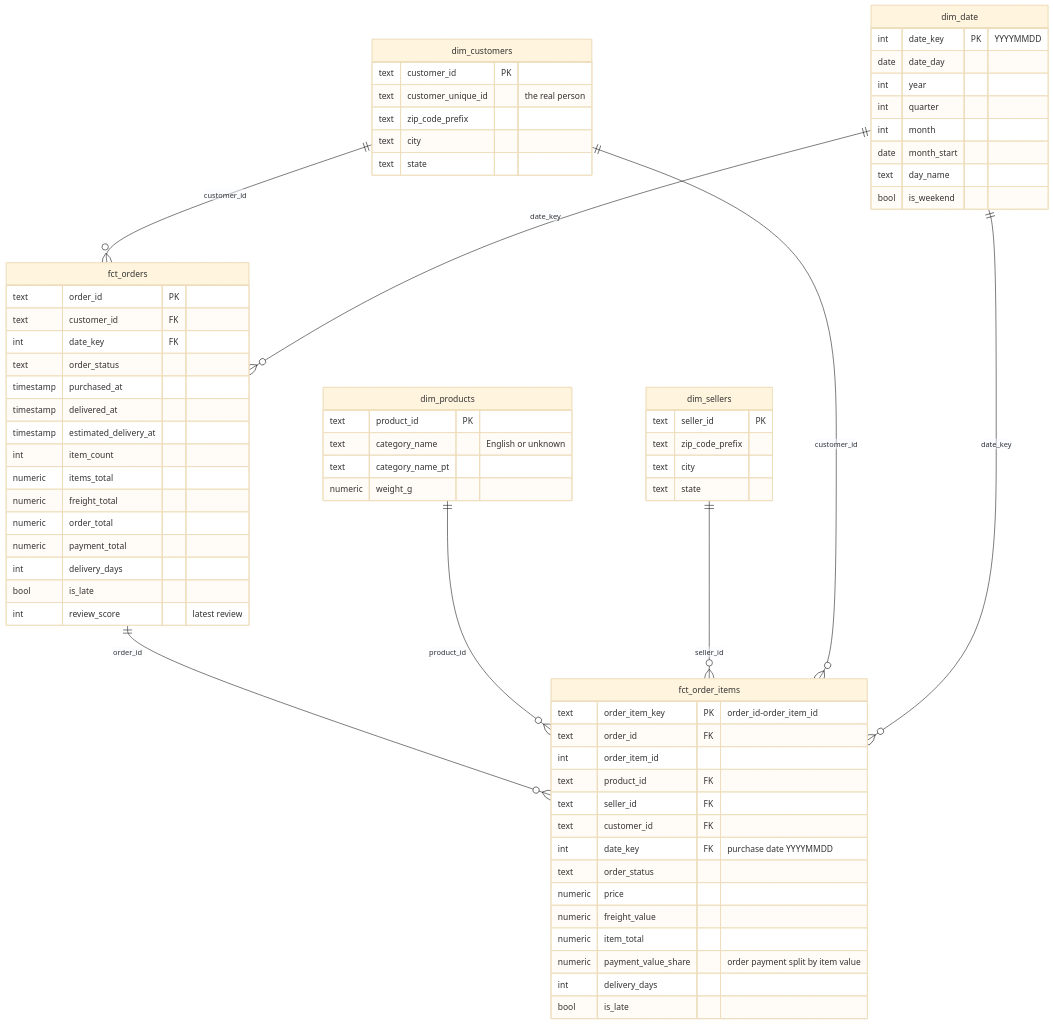
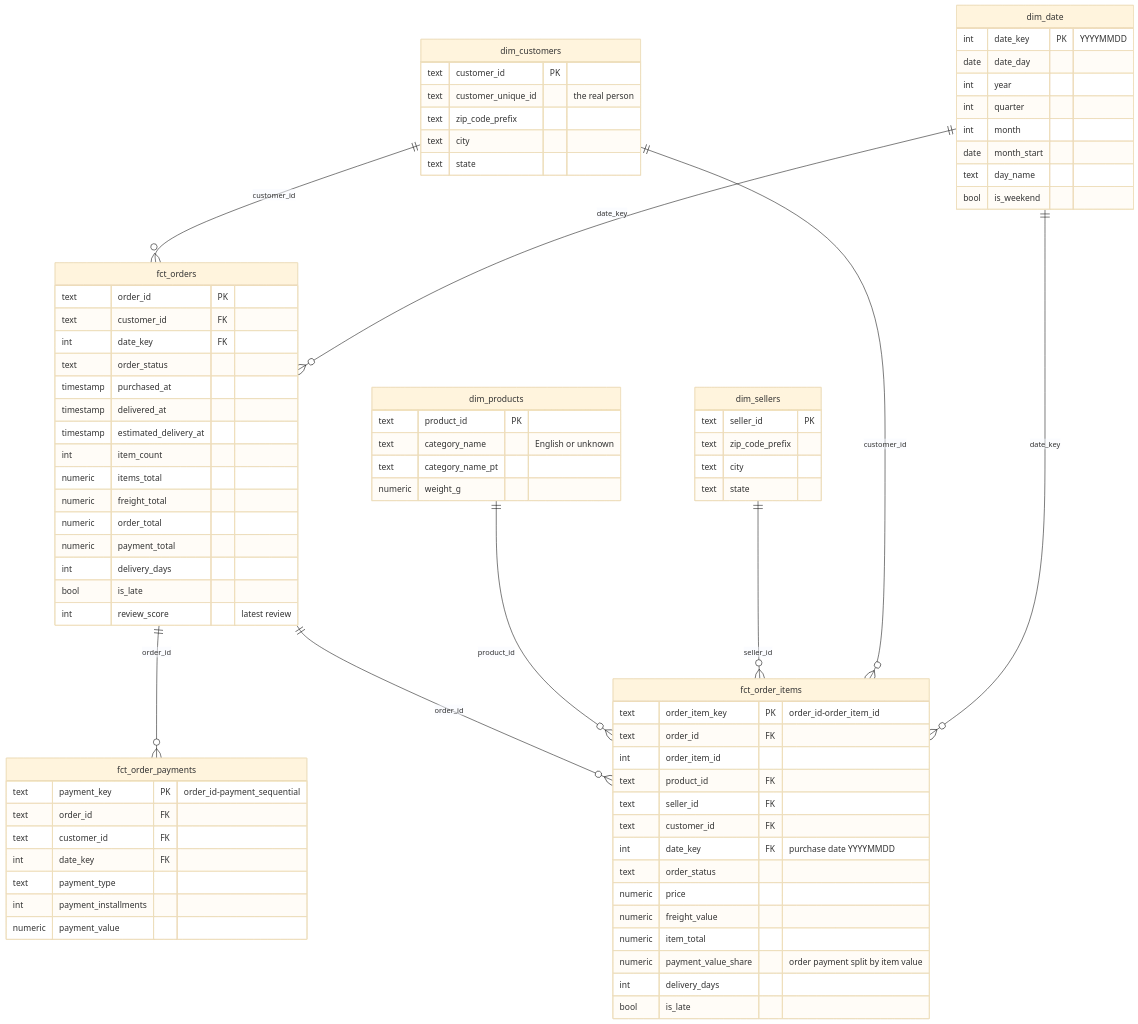
Before and after one commit to Yokesh0404/sales-analytics-pipeline: the second of 3 diagrams in docs/technical_design.md, drawn with Mermaid (base theme). The commit also changed other lines of this file and 25 other files, not shown here.

```diff
--- a/docs/technical_design.md
+++ b/docs/technical_design.md
@@ -211,6 +216,7 @@
 erDiagram
     dim_customers ||--o{ fct_orders      : "customer_id"
     dim_date      ||--o{ fct_orders      : "date_key"
+    fct_orders    ||--o{ fct_order_payments : "order_id"
     fct_orders    ||--o{ fct_order_items : "order_id"
     dim_products  ||--o{ fct_order_items : "product_id"
     dim_sellers   ||--o{ fct_order_items : "seller_id"
@@ -250,6 +256,15 @@
         bool is_late
         int review_score "latest review"
     }
+    fct_order_payments {
+        text payment_key PK "order_id-payment_sequential"
+        text order_id FK
+        text customer_id FK
+        int date_key FK
+        text payment_type
+        int payment_installments
+        numeric payment_value
+    }
     dim_customers {
         text customer_id PK
         text customer_unique_id "the real person"
```
